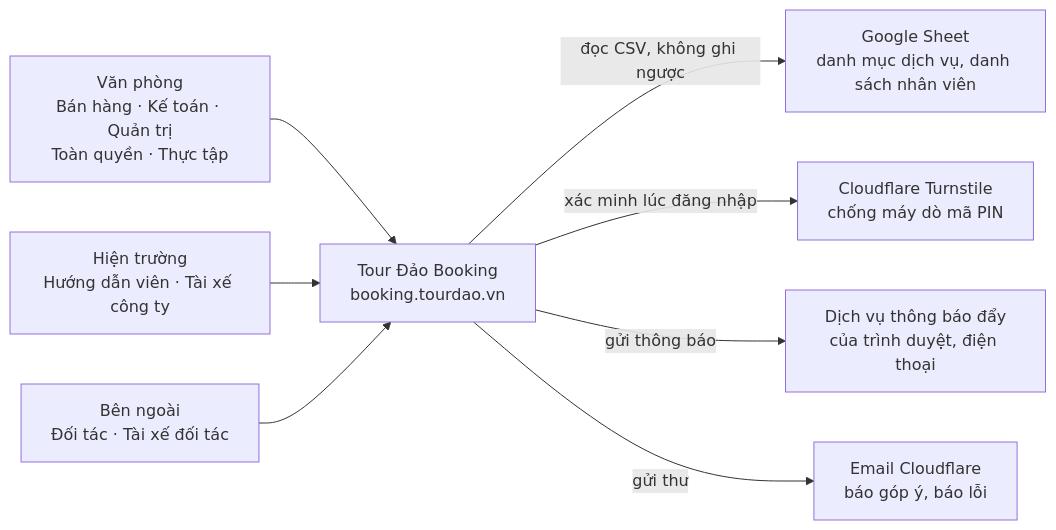
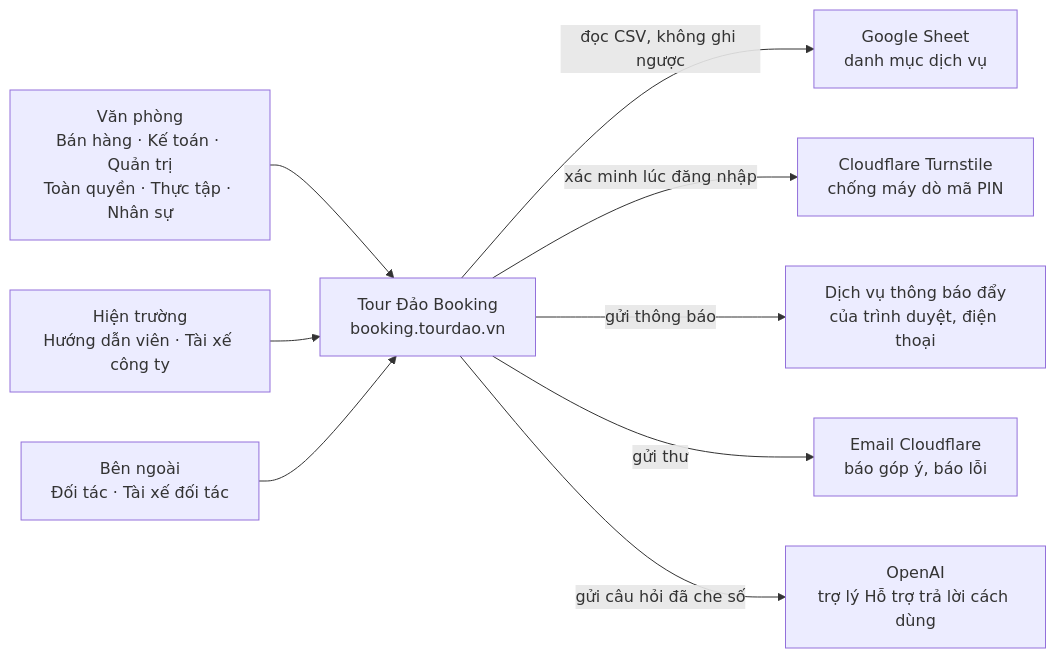
One commit to luutuanvu1010/tourdaobooking changed the first of 5 diagrams in docs/so-do-kien-truc/README.md. Above: the diagram before and after it, drawn with Mermaid. The commit also changed other lines of this file and 7 other files, not shown here.

````diff
--- a/docs/so-do-kien-truc/README.md
+++ b/docs/so-do-kien-truc/README.md
@@ -79,18 +81,20 @@
 ```mermaid
 flowchart LR
-  VP["Văn phòng<br/>Bán hàng · Kế toán · Quản trị<br/>Toàn quyền · Thực tập"]
+  VP["Văn phòng<br/>Bán hàng · Kế toán · Quản trị<br/>Toàn quyền · Thực tập · Nhân sự"]
   HT["Hiện trường<br/>Hướng dẫn viên · Tài xế công ty"]
   BN["Bên ngoài<br/>Đối tác · Tài xế đối tác"]
   TDB["Tour Đảo Booking<br/>booking.tourdao.vn"]
-  GS["Google Sheet<br/>danh mục dịch vụ, danh sách nhân viên"]
+  GS["Google Sheet<br/>danh mục dịch vụ"]
   TS["Cloudflare Turnstile<br/>chống máy dò mã PIN"]
   WP["Dịch vụ thông báo đẩy<br/>của trình duyệt, điện thoại"]
   EM["Email Cloudflare<br/>báo góp ý, báo lỗi"]
+  AI["OpenAI<br/>trợ lý Hỗ trợ trả lời cách dùng"]
   VP --> TDB
   HT --> TDB
   BN --> TDB
   TDB -->|"đọc CSV, không ghi ngược"| GS
   TDB -->|"xác minh lúc đăng nhập"| TS
   TDB -->|"gửi thông báo"| WP
   TDB -->|"gửi thư"| EM
+  TDB -->|"gửi câu hỏi đã che số"| AI
 ```
````
